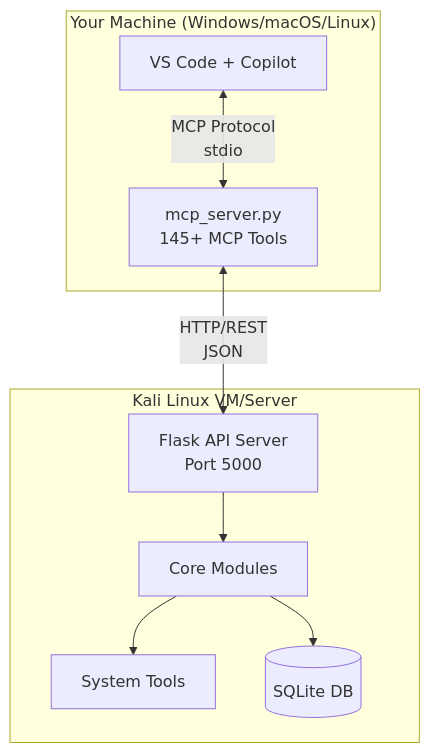
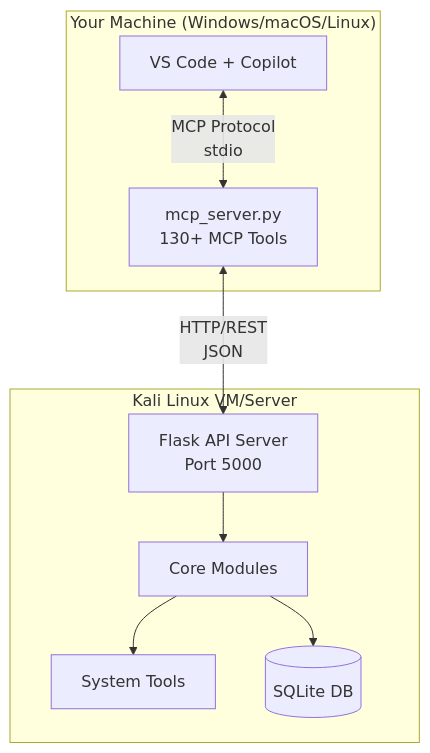
One commit to zebbern/zebbern-kali-mcp changed the first of 5 diagrams in docs/architecture.md. Above: the diagram before and after it, drawn with Mermaid. The commit also changed other lines of this file and 40 other files, not shown here.

````diff
--- a/docs/architecture.md
+++ b/docs/architecture.md
@@ -11,21 +11,21 @@
 ```mermaid
 flowchart TB
     subgraph LOCAL["Your Machine (Windows/macOS/Linux)"]
         VSC[VS Code + Copilot]
-        MCP[mcp_server.py<br/>145+ MCP Tools]
+        MCP[mcp_server.py<br/>130+ MCP Tools]
         VSC <-->|MCP Protocol<br/>stdio| MCP
     end
 
     subgraph KALI["Kali Linux VM/Server"]
         API[Flask API Server<br/>Port 5000]
         CORE[Core Modules]
         TOOLS[System Tools]
         DB[(SQLite DB)]
 
         API --> CORE
         CORE --> TOOLS
         CORE --> DB
     end
 
     MCP <-->|HTTP/REST<br/>JSON| API
 ```
````
